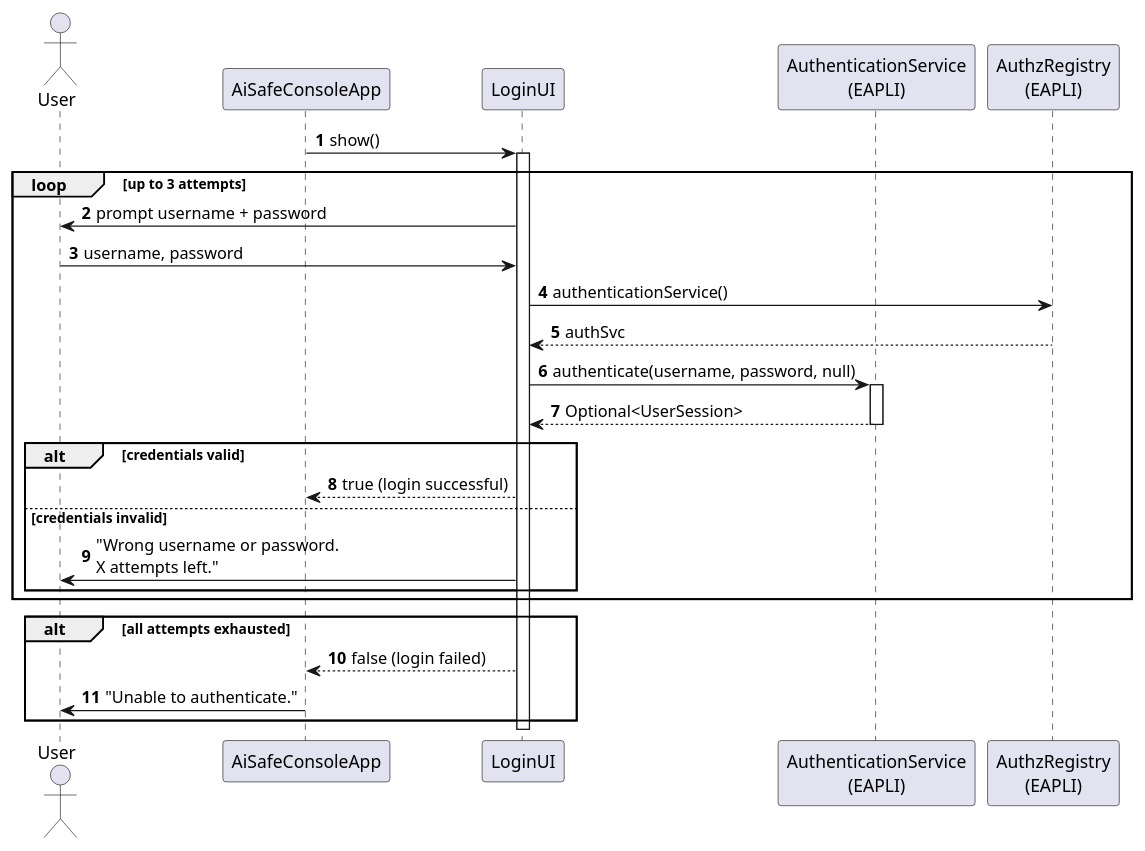
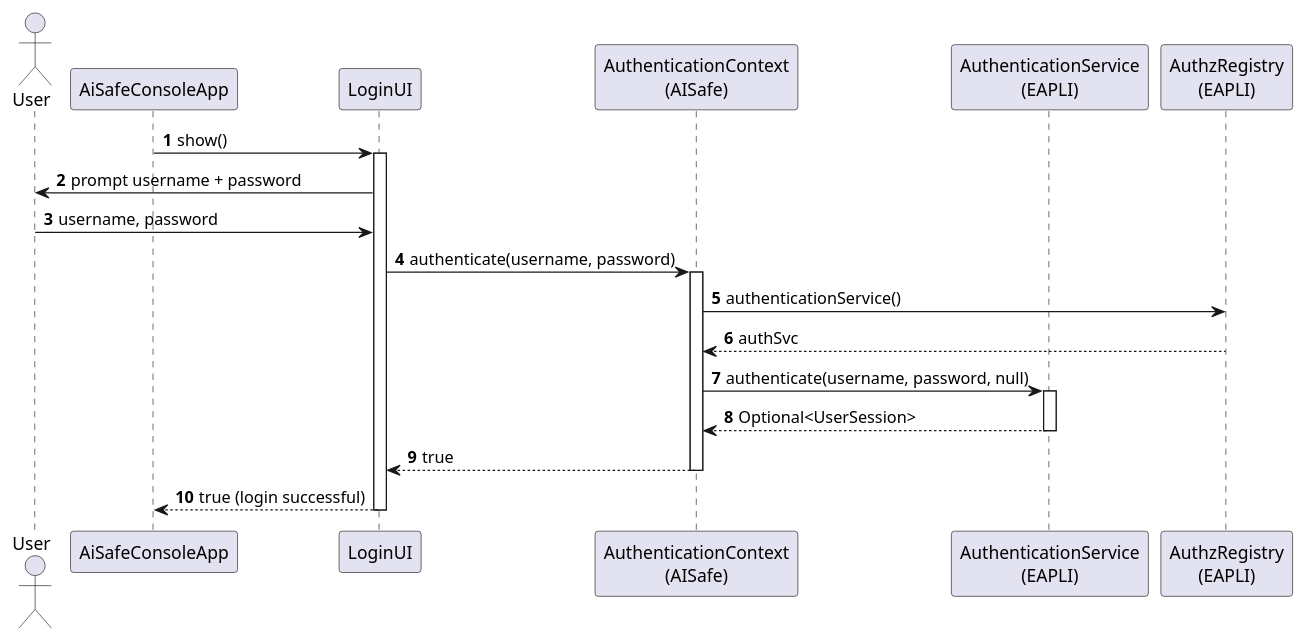
Before and after one commit to brunodspinto/aisafe: the diagram in aisafe.base/docs/user-stories/us030/puml/US030-SD-login.puml, drawn with PlantUML. The commit also changed 4 other files, not shown here.

```diff
--- a/aisafe.base/docs/user-stories/us030/puml/US030-SD-login.puml
+++ b/aisafe.base/docs/user-stories/us030/puml/US030-SD-login.puml
@@ -1,40 +1,34 @@
 @startuml sd30-login
 skinparam shadowing false
 autonumber
 
 actor User as user
 participant "AiSafeConsoleApp" as app
 participant "LoginUI" as loginUI
+participant "AuthenticationContext\n(AISafe)" as authCtx
 participant "AuthenticationService\n(EAPLI)" as authSvc
 participant "AuthzRegistry\n(EAPLI)" as registry
 
 app -> loginUI : show()
 activate loginUI
 
-loop up to 3 attempts
-    loginUI -> user : prompt username + password
-    user -> loginUI : username, password
+loginUI -> user : prompt username + password
+user -> loginUI : username, password
 
-    loginUI -> registry : authenticationService()
-    registry --> loginUI : authSvc
+loginUI -> authCtx : authenticate(username, password)
+activate authCtx
+authCtx -> registry : authenticationService()
+registry --> authCtx : authSvc
 
-    loginUI -> authSvc : authenticate(username, password, null)
-    activate authSvc
-    authSvc --> loginUI : Optional<UserSession>
-    deactivate authSvc
+authCtx -> authSvc : authenticate(username, password, null)
+activate authSvc
+authSvc --> authCtx : Optional<UserSession>
+deactivate authSvc
+authCtx --> loginUI : true
+deactivate authCtx
 
-    alt credentials valid
-        loginUI --> app : true (login successful)
-    else credentials invalid
-        loginUI -> user : "Wrong username or password.\nX attempts left."
-    end
-end
-
-alt all attempts exhausted
-    loginUI --> app : false (login failed)
-    app -> user : "Unable to authenticate."
-end
+loginUI --> app : true (login successful)
 
 deactivate loginUI
 
 @enduml
```
